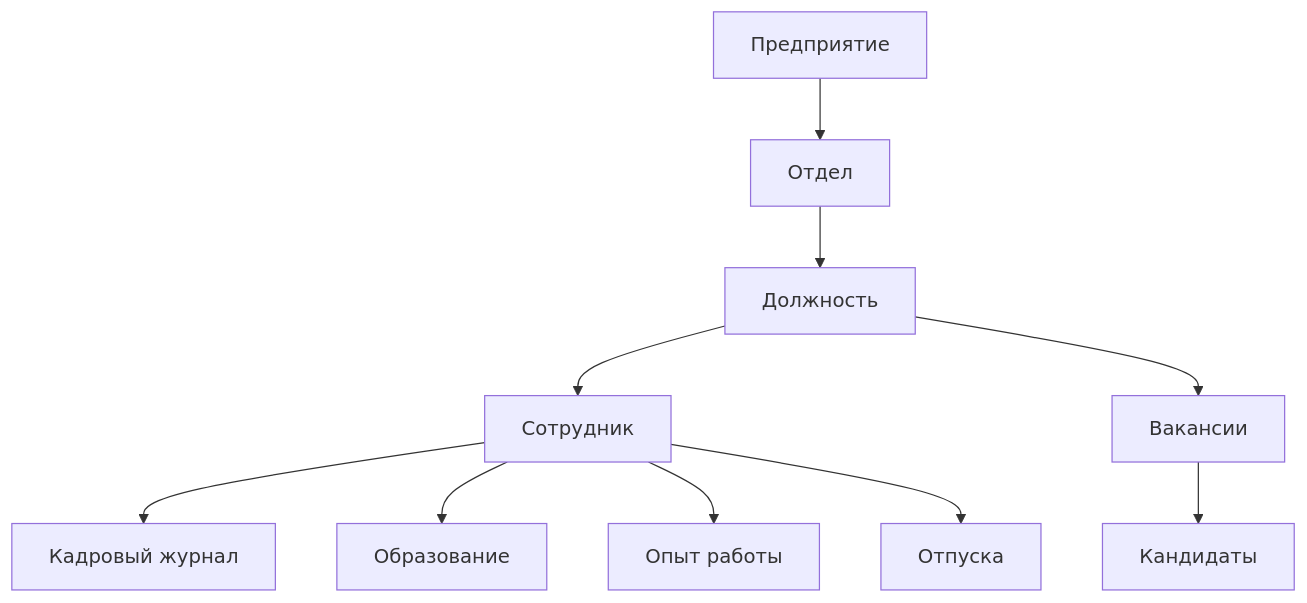
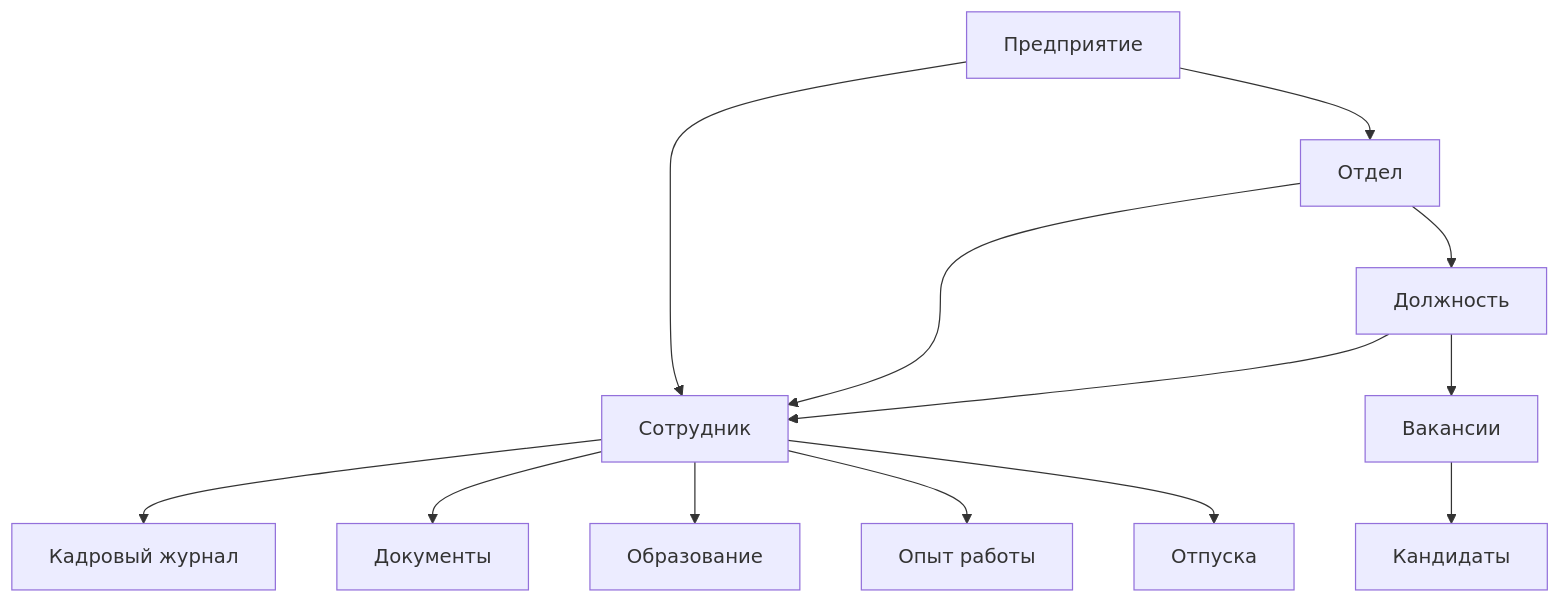
One commit to ramzansharifov/hr-automation changed the first of 2 diagrams in README.md. Above: the diagram before and after it, drawn with Mermaid. The commit also changed other lines of this file, not shown here.

Commit message:
docs: document multi-enterprise HR model

````diff
--- a/README.md
+++ b/README.md
@@ -33,12 +38,15 @@
 ```mermaid
 flowchart TD
   Enterprise[Предприятие] --> Department[Отдел]
   Department --> Position[Должность]
-  Position --> Employee[Сотрудник]
+  Enterprise --> Employee[Сотрудник]
+  Department --> Employee
+  Position --> Employee
   Employee --> History[Кадровый журнал]
+  Employee --> Documents[Документы]
   Employee --> Education[Образование]
   Employee --> Experience[Опыт работы]
   Employee --> Vacation[Отпуска]
   Position --> Vacancy[Вакансии]
   Vacancy --> Candidate[Кандидаты]
 ```
````
